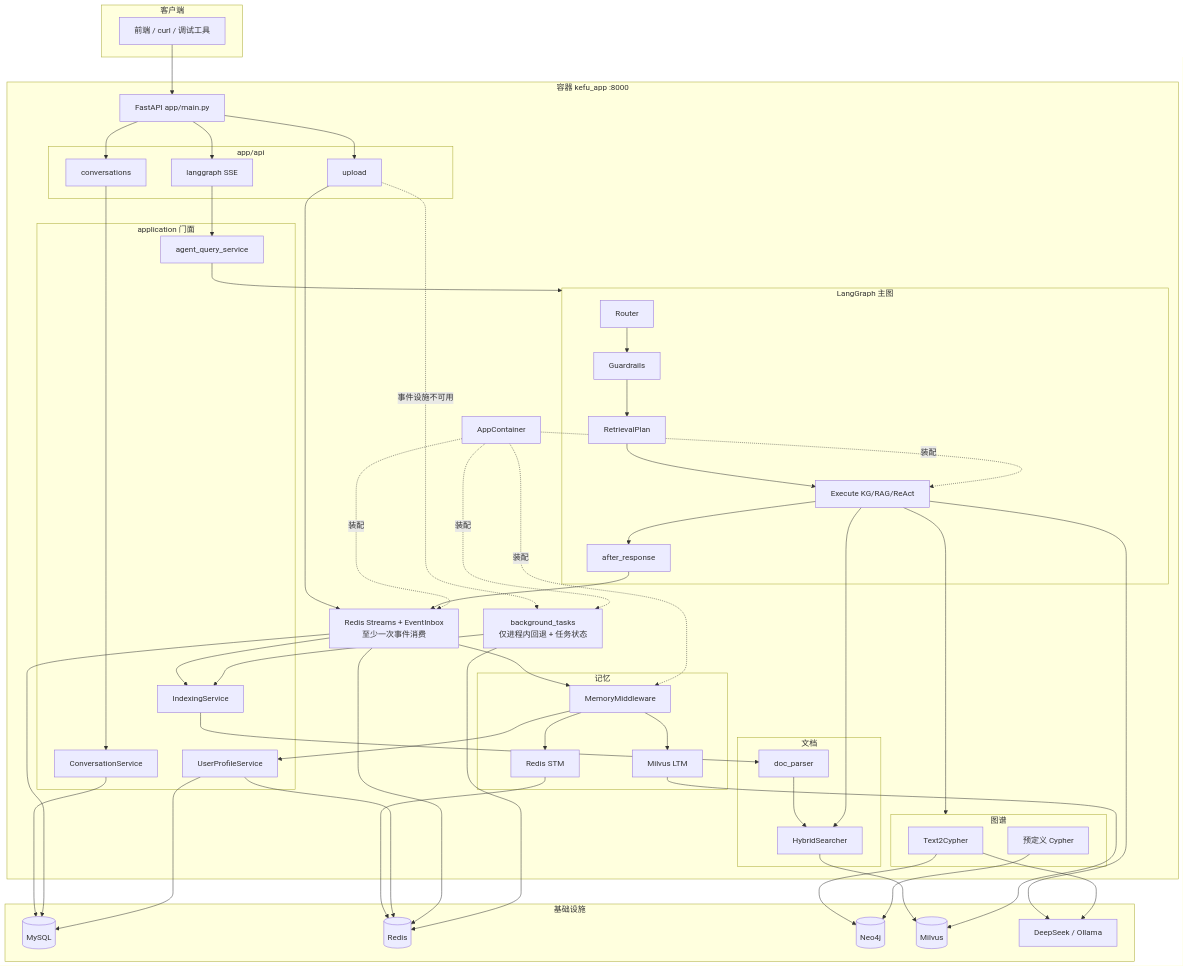
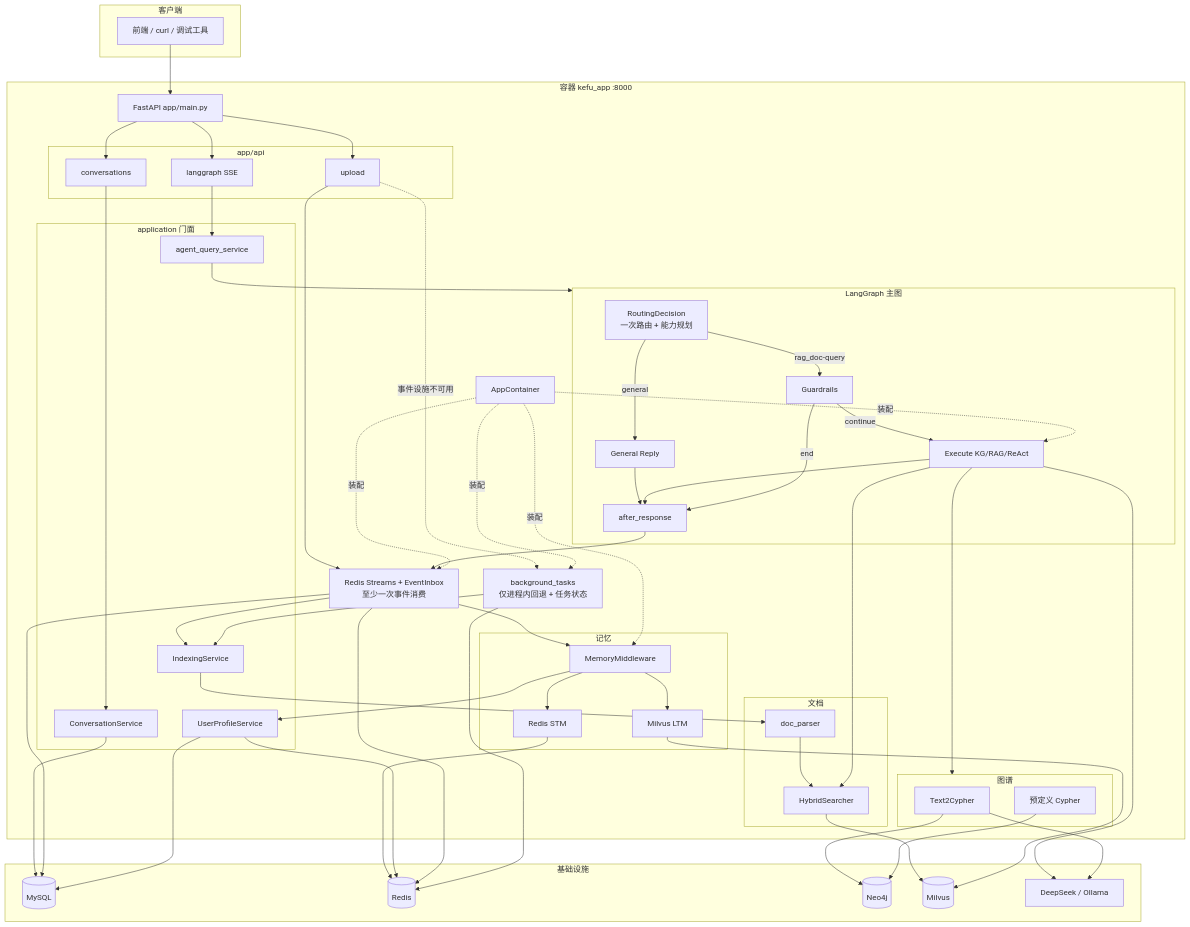
The first of 36 diagrams in docs/modules/00-全流程图集.md (bitladykiller/-), drawn with Mermaid before and after one commit. The commit also changed other lines of this file and 19 other files, not shown here.

````diff
--- a/docs/modules/00-全流程图集.md
+++ b/docs/modules/00-全流程图集.md
@@ -36,74 +36,77 @@
 ```mermaid
 flowchart TB
     subgraph Client["客户端"]
         FE[前端 / curl / 调试工具]
     end
 
     subgraph AppContainer["容器 kefu_app :8000"]
         API["FastAPI app/main.py"]
         subgraph APILayer["app/api"]
             CAPI[conversations]
             UAPI[upload]
             LAPI[langgraph SSE]
         end
         subgraph AppLayer["application 门面"]
             CS[ConversationService]
             AQS[agent_query_service]
             IS[IndexingService]
             UPS[UserProfileService]
         end
         EQ["Redis Streams + EventInbox\n至少一次事件消费"]
         TQ["background_tasks\n仅进程内回退 + 任务状态"]
         subgraph Agent["LangGraph 主图"]
-            R[Router]
+            R[RoutingDecision\n一次路由 + 能力规划]
             G[Guardrails]
-            P[RetrievalPlan]
+            GEN[General Reply]
             E[Execute KG/RAG/ReAct]
             AR[after_response]
         end
         subgraph Memory["记忆"]
             MM[MemoryMiddleware]
             STM[Redis STM]
             LTM[Milvus LTM]
         end
         subgraph KG["图谱"]
             T2C[Text2Cypher]
             PRE[预定义 Cypher]
         end
         subgraph Doc["文档"]
             DP[doc_parser]
             HS[HybridSearcher]
         end
         AC[AppContainer]
     end
 
     subgraph Infra["基础设施"]
         MY[(MySQL)]
         RD[(Redis)]
         NJ[(Neo4j)]
         MV[(Milvus)]
         LLM[DeepSeek / Ollama]
     end
 
     FE --> API
     API --> CAPI & UAPI & LAPI
     CAPI --> CS --> MY
     UAPI --> EQ --> IS --> DP --> HS --> MV
     UAPI -.事件设施不可用.-> TQ --> IS
     LAPI --> AQS --> Agent
-    R --> G --> P --> E --> AR
+    R -->|general| GEN --> AR
+    R -->|rag_doc-query| G
+    G -->|continue| E --> AR
+    G -->|end| AR
     E --> KG & HS
     E --> LLM
     AR --> EQ
     EQ --> MM
     EQ --> MY
     MM --> STM & LTM & UPS
     STM --> RD
     LTM --> MV
     UPS --> MY & RD
     T2C --> NJ & LLM
     PRE --> NJ
     EQ --> RD
     TQ --> RD
     AC -.->|装配| MM & EQ & TQ & E
 ```
````
